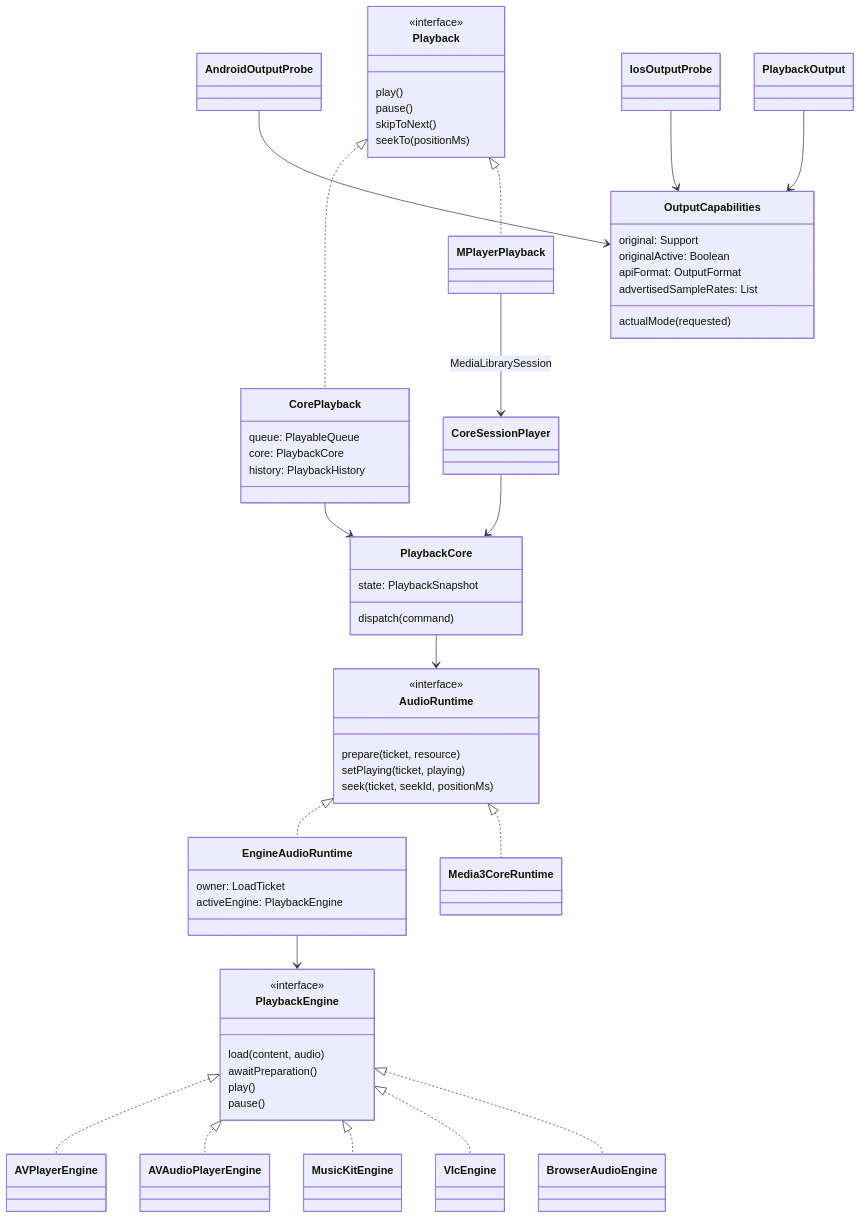
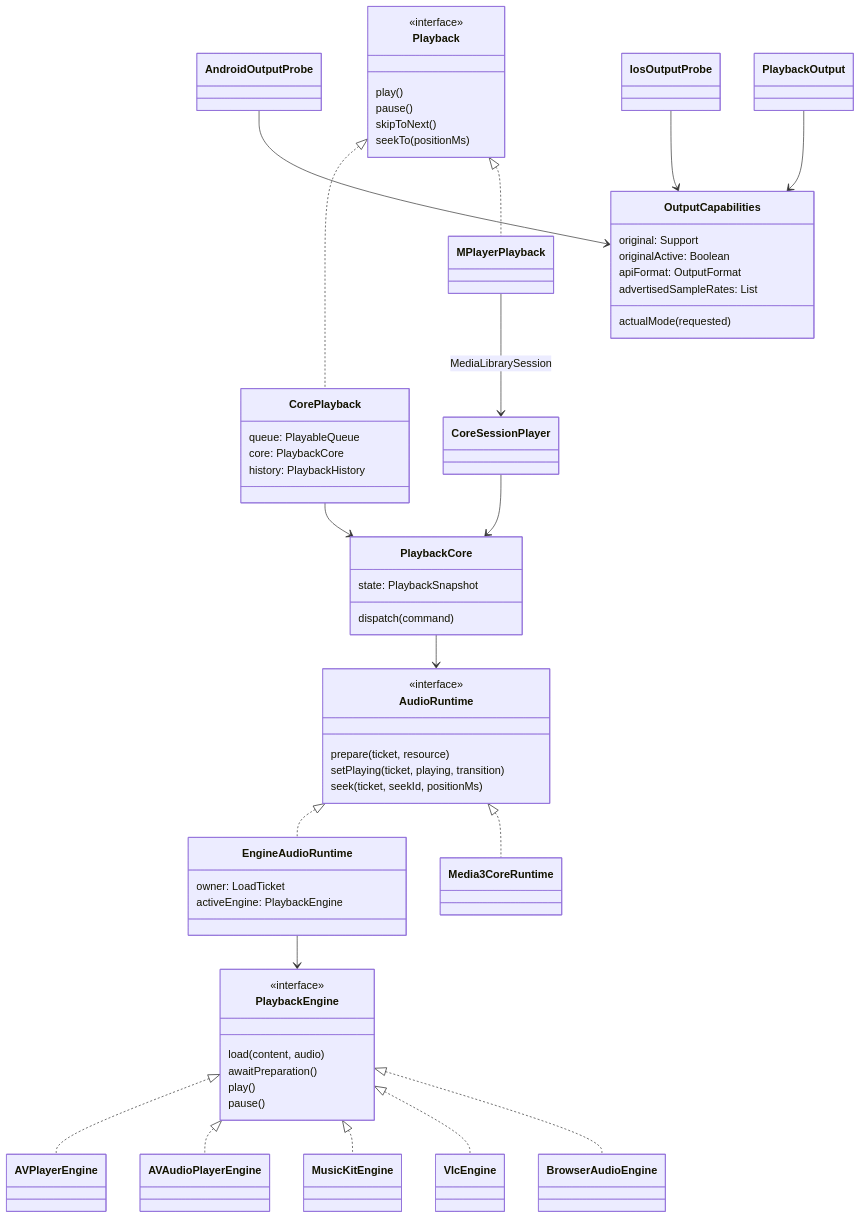
The first of 2 diagrams in docs/architecture/multiplatform-output.md (cy745/LMusic-KMP), drawn with Mermaid before and after one commit. The commit also changed 14 other files, not shown here.

````diff
--- a/docs/architecture/multiplatform-output.md
+++ b/docs/architecture/multiplatform-output.md
@@ -11,63 +11,63 @@
 ```mermaid
 classDiagram
     class Playback {
         <<interface>>
         play()
         pause()
         skipToNext()
         seekTo(positionMs)
     }
     class CorePlayback {
         queue: PlayableQueue
         core: PlaybackCore
         history: PlaybackHistory
     }
     class PlaybackCore {
         state: PlaybackSnapshot
         dispatch(command)
     }
     class AudioRuntime {
         <<interface>>
         prepare(ticket, resource)
-        setPlaying(ticket, playing)
+        setPlaying(ticket, playing, transition)
         seek(ticket, seekId, positionMs)
     }
     class EngineAudioRuntime {
         owner: LoadTicket
         activeEngine: PlaybackEngine
     }
     class PlaybackEngine {
         <<interface>>
         load(content, audio)
         awaitPreparation()
         play()
         pause()
     }
     class CoreSessionPlayer
     class MPlayerPlayback
     class Media3CoreRuntime
     class OutputCapabilities {
         original: Support
         originalActive: Boolean
         apiFormat: OutputFormat
         advertisedSampleRates: List
         actualMode(requested)
     }
     Playback <|.. CorePlayback
     Playback <|.. MPlayerPlayback
     MPlayerPlayback --> CoreSessionPlayer : MediaLibrarySession
     CoreSessionPlayer --> PlaybackCore
     CorePlayback --> PlaybackCore
     PlaybackCore --> AudioRuntime
     AudioRuntime <|.. EngineAudioRuntime
     AudioRuntime <|.. Media3CoreRuntime
     EngineAudioRuntime --> PlaybackEngine
     PlaybackEngine <|.. AVPlayerEngine
     PlaybackEngine <|.. AVAudioPlayerEngine
     PlaybackEngine <|.. MusicKitEngine
     PlaybackEngine <|.. VlcEngine
     PlaybackEngine <|.. BrowserAudioEngine
     AndroidOutputProbe --> OutputCapabilities
     IosOutputProbe --> OutputCapabilities
     PlaybackOutput --> OutputCapabilities
 ```
````
